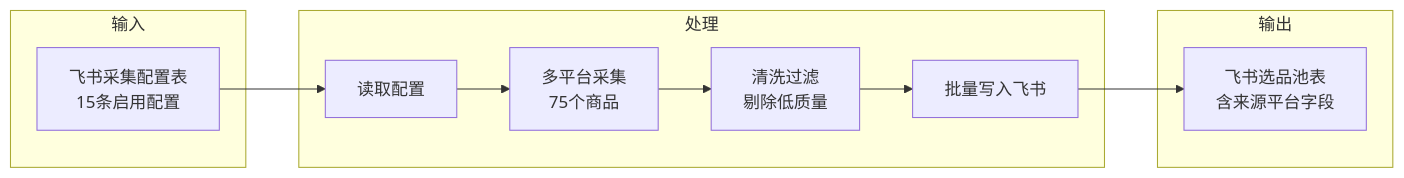
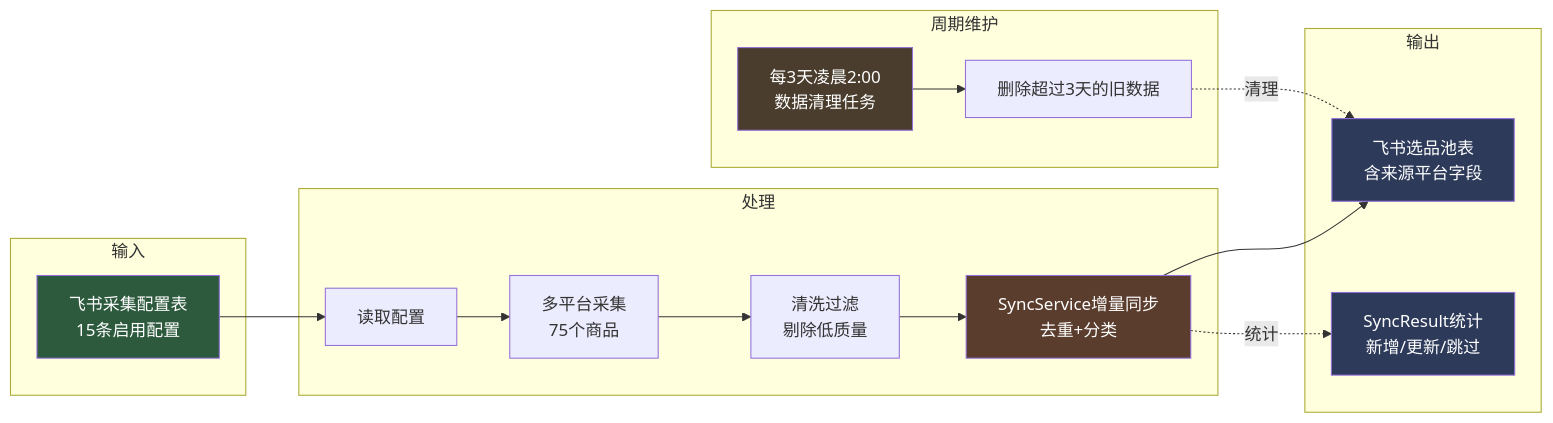
Before and after one commit to lbh1nb/cross-border-ai-platform: the seventh of 7 diagrams in ARCHITECTURE.md, drawn with Mermaid. The commit also changed other lines of this file and 8 other files, not shown here.

````diff
--- a/ARCHITECTURE.md
+++ b/ARCHITECTURE.md
@@ -159,19 +287,33 @@
 ```mermaid
 flowchart LR
     subgraph 输入
         I1[飞书采集配置表<br/>15条启用配置]
     end
 
     subgraph 处理
         P1[读取配置]
         P2[多平台采集<br/>75个商品]
         P3[清洗过滤<br/>剔除低质量]
-        P4[批量写入飞书]
+        P4[SyncService增量同步<br/>去重+分类]
     end
 
     subgraph 输出
         O1[飞书选品池表<br/>含来源平台字段]
+        O2[SyncResult统计<br/>新增/更新/跳过]
+    end
+
+    subgraph 周期维护
+        M1[每3天凌晨2:00<br/>数据清理任务]
+        M2[删除超过3天的旧数据]
     end
 
     I1 --> P1 --> P2 --> P3 --> P4 --> O1
+    P4 -.->|统计| O2
+    M1 --> M2 -.->|清理| O1
+
+    style I1 fill:#2d5a3d,color:#fff
+    style P4 fill:#5a3d2d,color:#fff
+    style O1 fill:#2d3a5a,color:#fff
+    style O2 fill:#2d3a5a,color:#fff
+    style M1 fill:#4a3d2d,color:#fff
 ```
````
